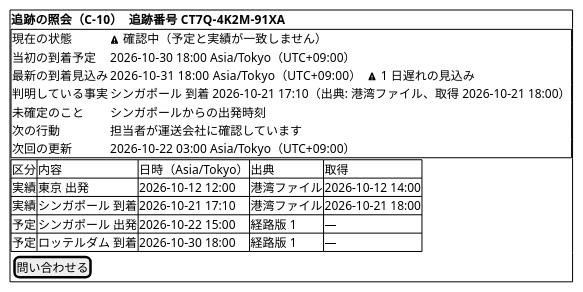
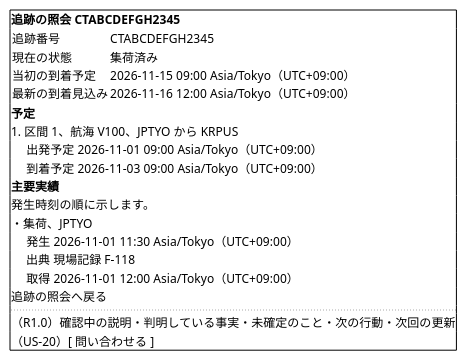
Before and after one commit to k2works/practical-domain-driven-design-in-enterpris-application: diagram 19 of 24 in docs/design/cargo-tracker/ui_design.md, drawn with PlantUML. The commit also changed other lines of this file and 41 other files, not shown here.

````diff
--- a/docs/design/cargo-tracker/ui_design.md
+++ b/docs/design/cargo-tracker/ui_design.md
@@ -718,24 +748,27 @@
 ```plantuml
 @startsalt
 {+
-  <b>追跡の照会（C-10）　追跡番号 CT7Q-4K2M-91XA
-  {+
-    現在の状態 | <&warning> 確認中（予定と実績が一致しません）
-    当初の到着予定 | 2026-10-30 18:00 Asia/Tokyo（UTC+09:00）
-    最新の到着見込み | 2026-10-31 18:00 Asia/Tokyo（UTC+09:00）　<&warning> 1 日遅れの見込み
-    判明している事実 | シンガポール 到着 2026-10-21 17:10（出典: 港湾ファイル、取得 2026-10-21 18:00）
-    未確定のこと | シンガポールからの出発時刻
-    次の行動 | 担当者が運送会社に確認しています
-    次回の更新 | 2026-10-22 03:00 Asia/Tokyo（UTC+09:00）
+  <b>追跡の照会 CTABCDEFGH2345
+  {
+    追跡番号 | CTABCDEFGH2345
+    現在の状態 | 集荷済み
+    当初の到着予定 | 2026-11-15 09:00 Asia/Tokyo（UTC+09:00）
+    最新の到着見込み | 2026-11-16 12:00 Asia/Tokyo（UTC+09:00）
   }
-  {#
-    区分 | 内容 | 日時（Asia/Tokyo） | 出典 | 取得
-    実績 | 東京 出発 | 2026-10-12 12:00 | 港湾ファイル | 2026-10-12 14:00
-    実績 | シンガポール 到着 | 2026-10-21 17:10 | 港湾ファイル | 2026-10-21 18:00
-    予定 | シンガポール 出発 | 2026-10-22 15:00 | 経路版 1 | —
-    予定 | ロッテルダム 到着 | 2026-10-30 18:00 | 経路版 1 | —
-  }
-  { [ 問い合わせる ] }
+  <b>予定
+  1. 区間 1、航海 V100、JPTYO から KRPUS
+  　 出発予定 2026-11-01 09:00 Asia/Tokyo（UTC+09:00）
+  　 到着予定 2026-11-03 09:00 Asia/Tokyo（UTC+09:00）
+  <b>主要実績
+  発生時刻の順に示します。
+  ・集荷、JPTYO
+  　 発生 2026-11-01 11:30 Asia/Tokyo（UTC+09:00）
+  　 出典 現場記録 F-118
+  　 取得 2026-11-01 12:00 Asia/Tokyo（UTC+09:00）
+  追跡の照会へ戻る
+  ..
+  （R1.0）確認中の説明・判明している事実・未確定のこと・次の行動・次回の更新
+  （US-20）[ 問い合わせる ]
 }
 @endsalt
 ```
````
